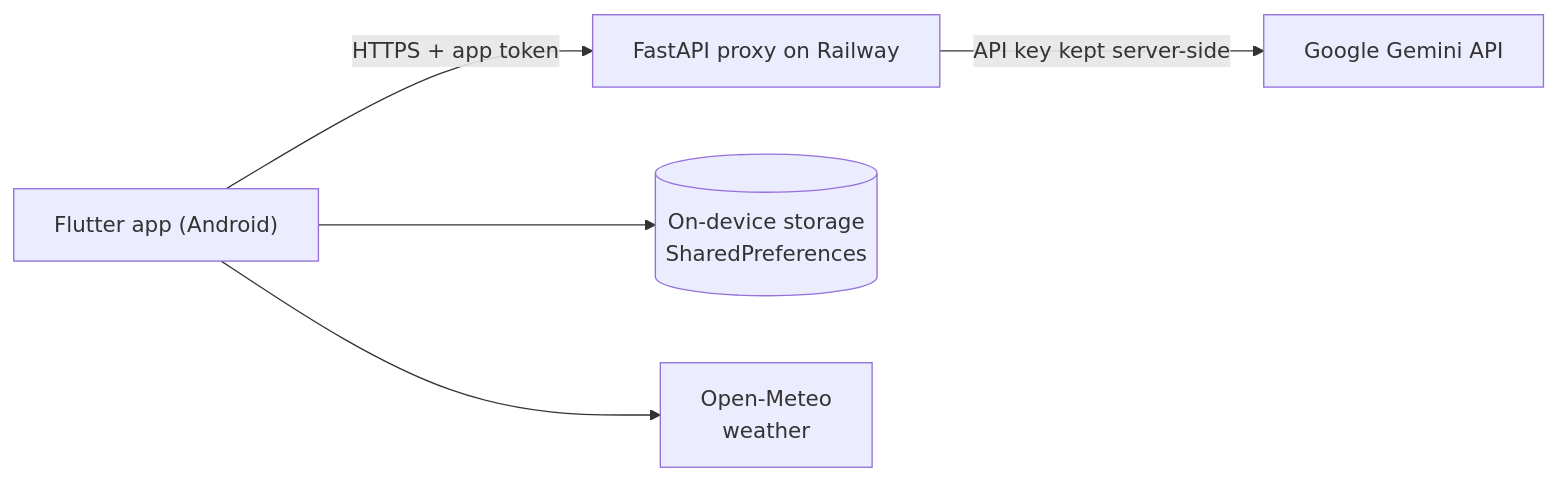
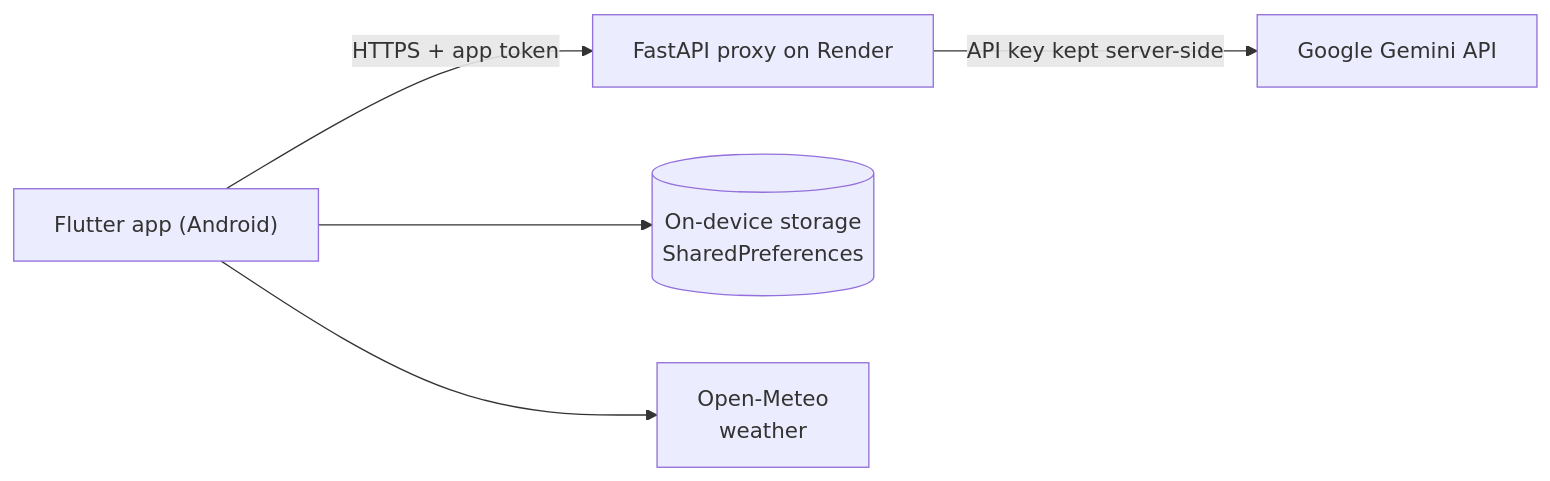
The diagram in README.md (siddiquafathima/stylemate), drawn with Mermaid before and after one commit. The commit also changed other lines of this file, not shown here.

````diff
--- a/README.md
+++ b/README.md
@@ -123,7 +123,7 @@
 ```mermaid
 flowchart LR
-    A["Flutter app (Android)"] -->|"HTTPS + app token"| B["FastAPI proxy on Railway"]
+    A["Flutter app (Android)"] -->|"HTTPS + app token"| B["FastAPI proxy on Render"]
     B -->|"API key kept server-side"| C["Google Gemini API"]
     A --> D[("On-device storage<br/>SharedPreferences")]
     A --> E["Open-Meteo<br/>weather"]
 ```
````
